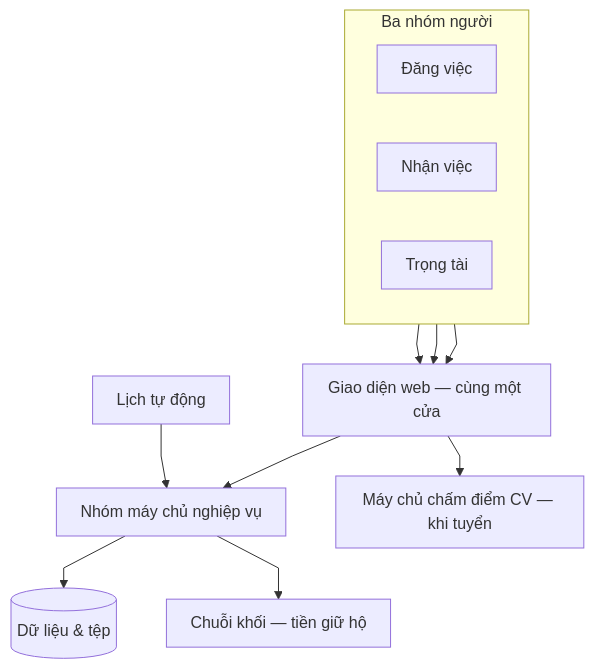
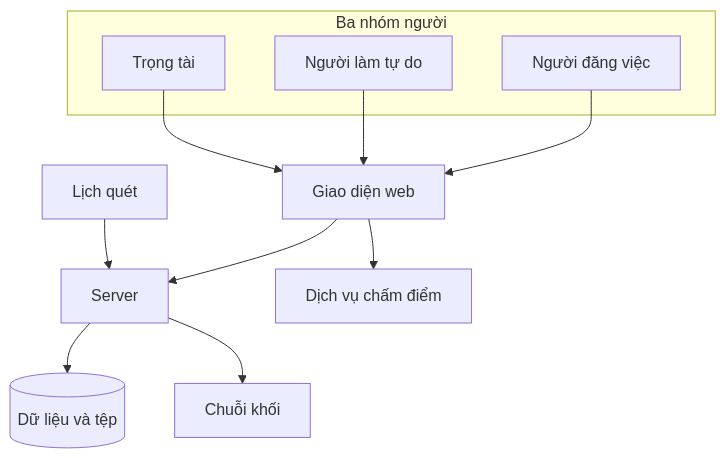
The second of 3 diagrams in flow-tổng-quan.md (dmt041104111003/docs-nckh), drawn with Mermaid before and after one commit. The commit also changed other lines of this file and 8 other files, not shown here.

````diff
--- a/flow-tổng-quan.md
+++ b/flow-tổng-quan.md
@@ -61,24 +58,22 @@
 ```mermaid
-%%{init: {"flowchart": {"curve": "linear", "padding": 12, "rankSpacing": 40}}}%%
 flowchart TB
   subgraph nguoi[Ba nhóm người]
-    direction LR
-    P[Đăng việc]
-    F[Nhận việc]
+    P[Người đăng việc]
+    F[Người làm tự do]
     A[Trọng tài]
   end
-  Web[Giao diện web — cùng một cửa]
-  May[Nhóm máy chủ nghiệp vụ]
-  Cham[Máy chủ chấm điểm CV — khi tuyển]
-  DB[(Dữ liệu & tệp)]
-  Chain[Chuỗi khối — tiền giữ hộ]
-  Hen[Lịch tự động]
+  Web[Giao diện web]
+  May[Server]
+  Cham[Dịch vụ chấm điểm]
+  DB[(Dữ liệu và tệp)]
+  Chain[Chuỗi khối]
+  Hen[Lịch quét]
   P --> Web
   F --> Web
   A --> Web
   Web --> May
   Web --> Cham
   May --> DB
   May --> Chain
   Hen --> May
 ```
````
